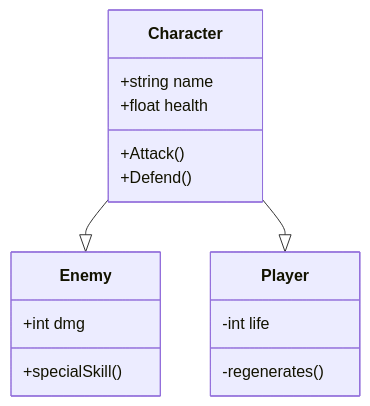
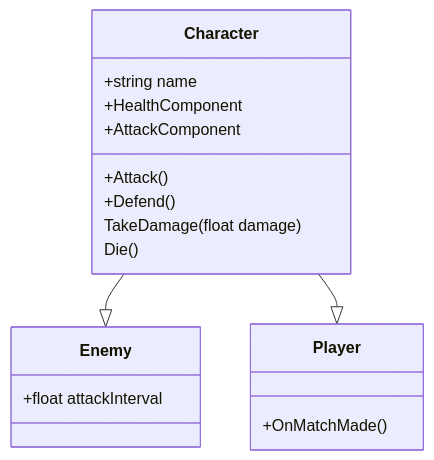
One commit to j5x/PvB2025 changed the fourth of 5 diagrams in README.md. Above: the diagram before and after it, drawn with Mermaid. The commit also changed other lines of this file, not shown here.

Commit message:
Update README.md
Updated entity graph

````diff
--- a/README.md
+++ b/README.md
@@ -142,18 +156,20 @@
 ```mermaid
 classDiagram
 
 Character --|> Enemy
 Character --|> Player
 Character : +string name
-Character : +float health
+Character : +HealthComponent
+Character : +AttackComponent
 Character: +Attack()
 Character: +Defend()
+Character: TakeDamage(float damage)
+Character: Die()
+
 class Player{
--int life
--regenerates()
++OnMatchMade()
 }
 class Enemy{
-+int dmg
-+specialSkill()
++float attackInterval
 }
 ```
````
